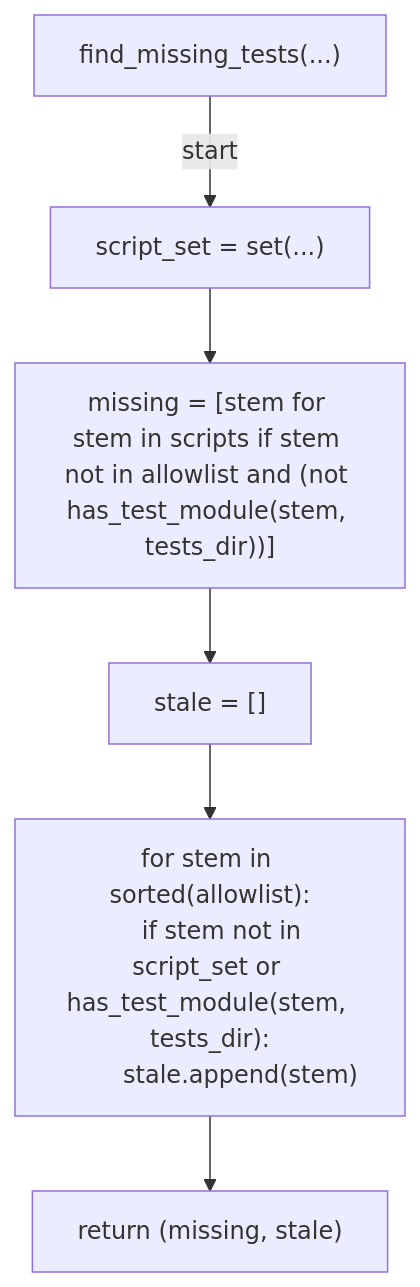
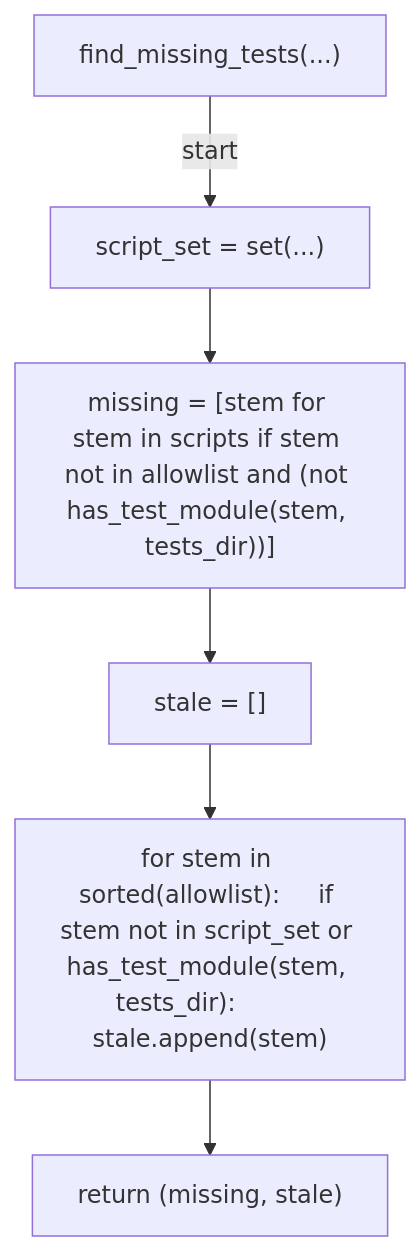
One commit to tvna/claude-md changed the seventh of 12 diagrams in docs/generated/scripts/ast/scan_test_presence_drift.md. Above: the diagram before and after it, drawn with Mermaid. The commit also changed other lines of this file and 23 other files, not shown here.

First line of the commit message:
docs(generated): regenerate decision tree and workflow diagrams (batch 4/5)

````diff
--- a/docs/generated/scripts/ast/scan_test_presence_drift.md
+++ b/docs/generated/scripts/ast/scan_test_presence_drift.md
@@ -121,16 +96,14 @@
 ```mermaid
 flowchart TD
     N001["find_missing_tests(...)"]
     N002["script_set = set(...)"]
     N003["missing = [stem for stem in scripts if stem not in allowlist and (not has_test_module(stem, tests_dir))]"]
     N004["stale = []"]
-    N005["for stem in sorted(allowlist):
-    if stem not in script_set or has_test_module(stem, tests_dir):
-        stale.append(stem)"]
+    N005["for stem in sorted(allowlist):     if stem not in script_set or has_test_module(stem, tests_dir):         stale.append(stem)"]
     N006["return (missing, stale)"]
     N001 -->|"start"| N002
     N002 --> N003
     N003 --> N004
     N004 --> N005
     N005 --> N006
 ```
````
